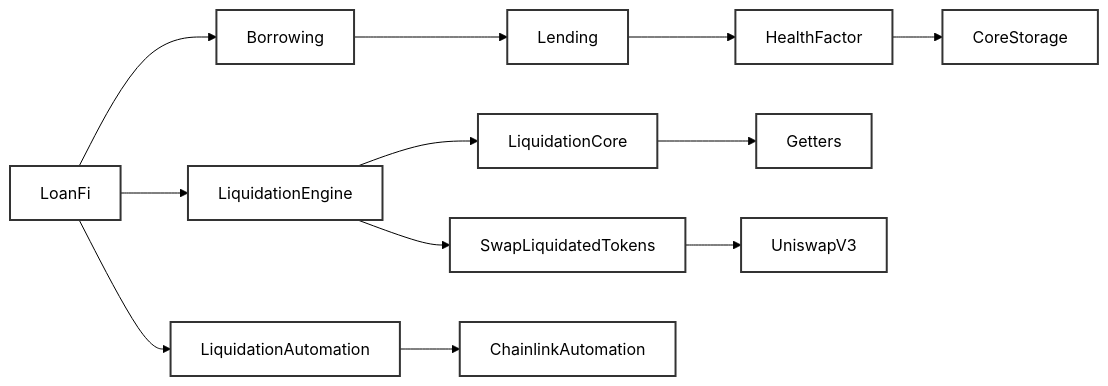
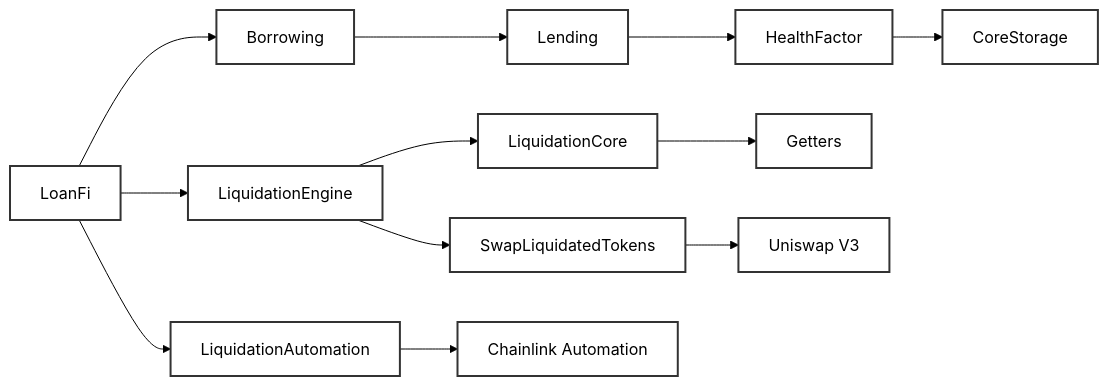
One commit to SquilliamX/LoanFi-Protocol changed the diagram in README.md. Above: the diagram before and after it, drawn with Mermaid (forest theme). The commit also changed other lines of this file, not shown here.

Commit message:
Refactor README.md to enhance protocol architecture diagram
- Updated the protocol architecture section to follow a modular design with clear separation of concerns.
- Improved the flowchart by introducing distinct nodes for each component, enhancing clarity and readability.
- Emphasized the relationships between key elements, including LiquidationAutomation and Uniswap V3 integration.

````diff
--- a/README.md
+++ b/README.md
@@ -69,27 +71,30 @@
 ```mermaid
 graph LR
-    style LoanFi fill:#fff,stroke:#333,stroke-width:2px,color:#000
-    style Borrowing fill:#fff,stroke:#333,stroke-width:2px,color:#000
-    style Lending fill:#fff,stroke:#333,stroke-width:2px,color:#000
-    style HealthFactor fill:#fff,stroke:#333,stroke-width:2px,color:#000
-    style CoreStorage fill:#fff,stroke:#333,stroke-width:2px,color:#000
-    style LiquidationEngine fill:#fff,stroke:#333,stroke-width:2px,color:#000
-    style LiquidationCore fill:#fff,stroke:#333,stroke-width:2px,color:#000
-    style Getters fill:#fff,stroke:#333,stroke-width:2px,color:#000
-    style LiquidationAutomation fill:#fff,stroke:#333,stroke-width:2px,color:#000
-    style ChainlinkAutomation fill:#fff,stroke:#333,stroke-width:2px,color:#000
-    style SwapLiquidatedTokens fill:#fff,stroke:#333,stroke-width:2px,color:#000
-    style UniswapV3 fill:#fff,stroke:#333,stroke-width:2px,color:#000
+    LoanFi["LoanFi"]
+    Borrowing["Borrowing"]
+    Lending["Lending"]
+    HealthFactor["HealthFactor"]
+    CoreStorage["CoreStorage"]
+    LiquidationEngine["LiquidationEngine"]
+    LiquidationCore["LiquidationCore"]
+    Getters["Getters"]
+    LiquidationAutomation["LiquidationAutomation"]
+    ChainlinkAutomation["Chainlink Automation"]
+    SwapLiquidatedTokens["SwapLiquidatedTokens"]
+    UniswapV3["Uniswap V3"]
 
     LoanFi --> Borrowing
     Borrowing --> Lending
     Lending --> HealthFactor
     HealthFactor --> CoreStorage
     LoanFi --> LiquidationEngine
     LiquidationEngine --> LiquidationCore
     LiquidationCore --> Getters
     LoanFi --> LiquidationAutomation
     LiquidationAutomation --> ChainlinkAutomation
     LiquidationEngine --> SwapLiquidatedTokens
     SwapLiquidatedTokens --> UniswapV3
+
+    classDef default fill:#fff,stroke:#333,stroke-width:2px,color:black;
+    class LoanFi,Borrowing,Lending,HealthFactor,CoreStorage,LiquidationEngine,LiquidationCore,Getters,LiquidationAutomation,ChainlinkAutomation,SwapLiquidatedTokens,UniswapV3 default;
 ```
````
